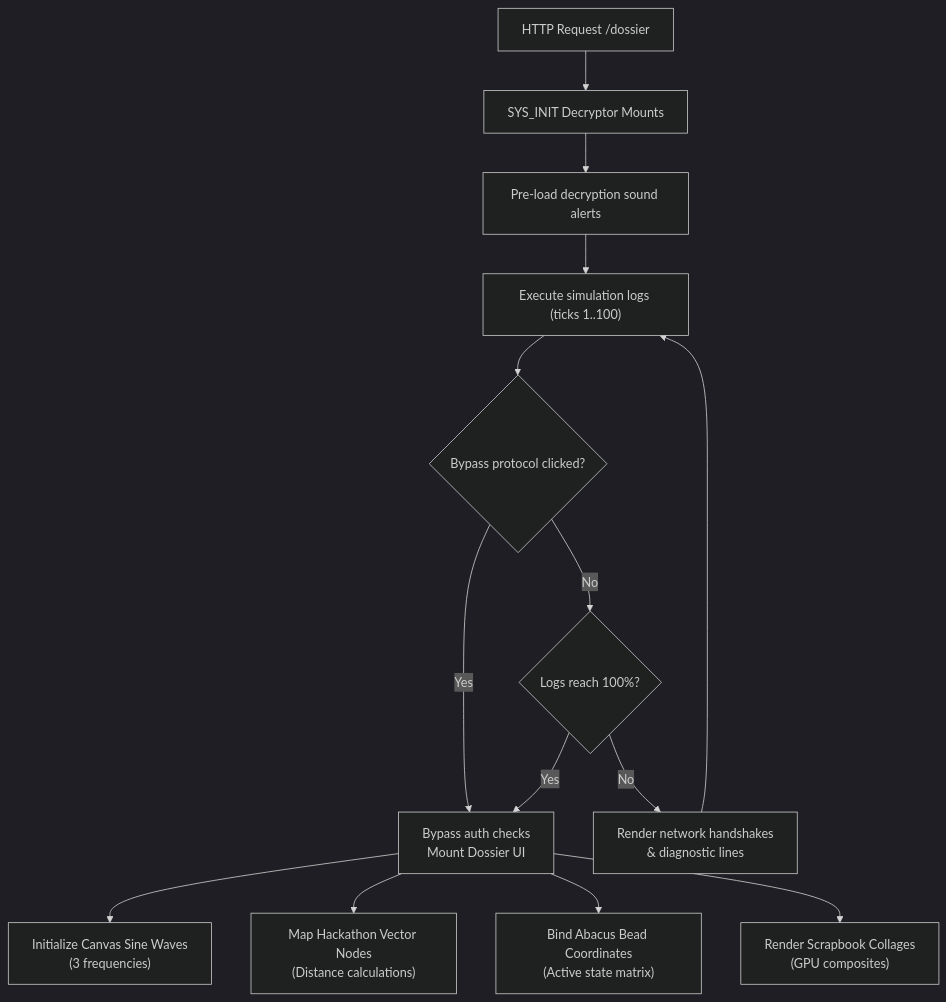
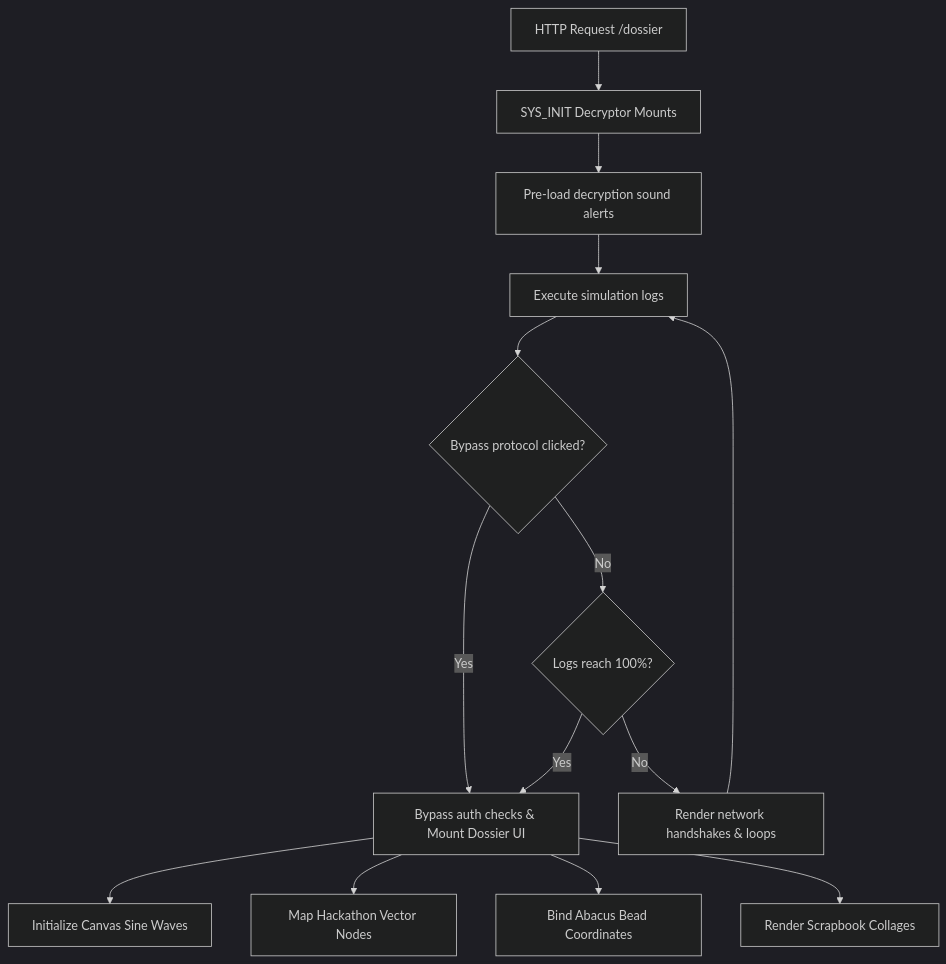
Before and after one commit to Vedant180205/portfolio_self: the second of 2 diagrams in README.md, drawn with Mermaid (dark theme). The commit also changed other lines of this file, not shown here.

````diff
--- a/README.md
+++ b/README.md
@@ -87,17 +104,17 @@
 ```mermaid
 flowchart TD
     A["HTTP Request /dossier"] --> B["SYS_INIT Decryptor Mounts"]
     B --> C["Pre-load decryption sound alerts"]
-    C --> D["Execute simulation logs (ticks 1..100)"]
+    C --> D["Execute simulation logs"]
     D --> E{"Bypass protocol clicked?"}
-    E -->|"Yes"| F["Bypass auth checks\nMount Dossier UI"]
+    E -->|"Yes"| F["Bypass auth checks & Mount Dossier UI"]
     E -->|"No"| G{"Logs reach 100%?"}
     G -->|"Yes"| F
-    G -->|"No"| H["Render network handshakes\n& diagnostic lines"]
+    G -->|"No"| H["Render network handshakes & loops"]
     H --> D
 
-    F --> I["Initialize Canvas Sine Waves\n(3 frequencies)"]
-    F --> J["Map Hackathon Vector Nodes\n(Distance calculations)"]
-    F --> K["Bind Abacus Bead Coordinates\n(Active state matrix)"]
-    F --> L["Render Scrapbook Collages\n(GPU composites)"]
+    F --> I["Initialize Canvas Sine Waves"]
+    F --> J["Map Hackathon Vector Nodes"]
+    F --> K["Bind Abacus Bead Coordinates"]
+    F --> L["Render Scrapbook Collages"]
 ```
````
